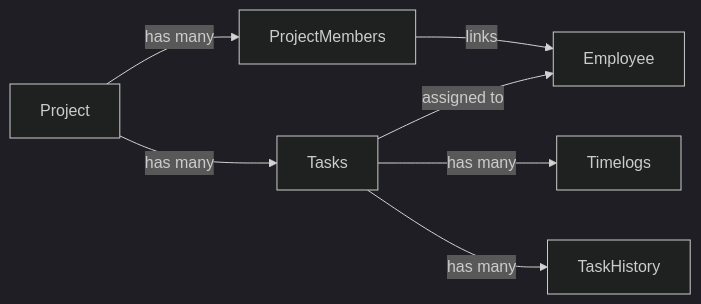
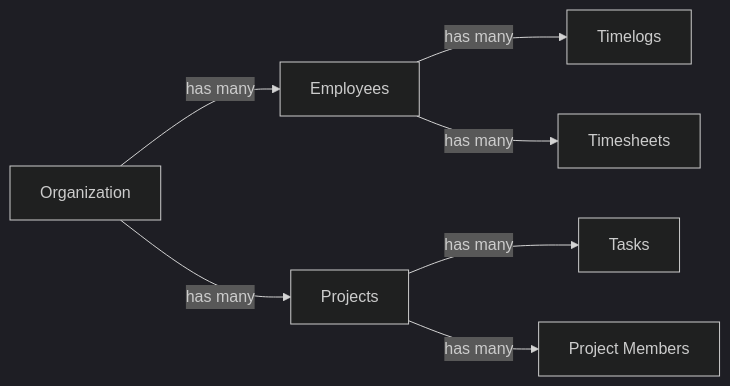
The seventh of 14 diagrams in z-ai/glm-5/erp/docs/analysis/02-domain-model.md (wrtnlabs/autobe-examples), drawn with Mermaid (dark theme) before and after one commit. The commit also changed other lines of this file and 3761 other files, not shown here.

````diff
--- a/z-ai/glm-5/erp/docs/analysis/02-domain-model.md
+++ b/z-ai/glm-5/erp/docs/analysis/02-domain-model.md
@@ -488,9 +524,9 @@
 ```mermaid
 flowchart LR
-    A["Project"] -->|"has many"| B["Tasks"]
-    A -->|"has many"| C["ProjectMembers"]
-    C -->|"links"| D["Employee"]
-    B -->|"assigned to"| D
-    B -->|"has many"| E["Timelogs"]
-    B -->|"has many"| F["TaskHistory"]
+    O["Organization"] -->|"has many"| E["Employees"]
+    O -->|"has many"| P["Projects"]
+    P -->|"has many"| T["Tasks"]
+    P -->|"has many"| PM["Project Members"]
+    E -->|"has many"| TL["Timelogs"]
+    E -->|"has many"| TS["Timesheets"]
 ```
````
